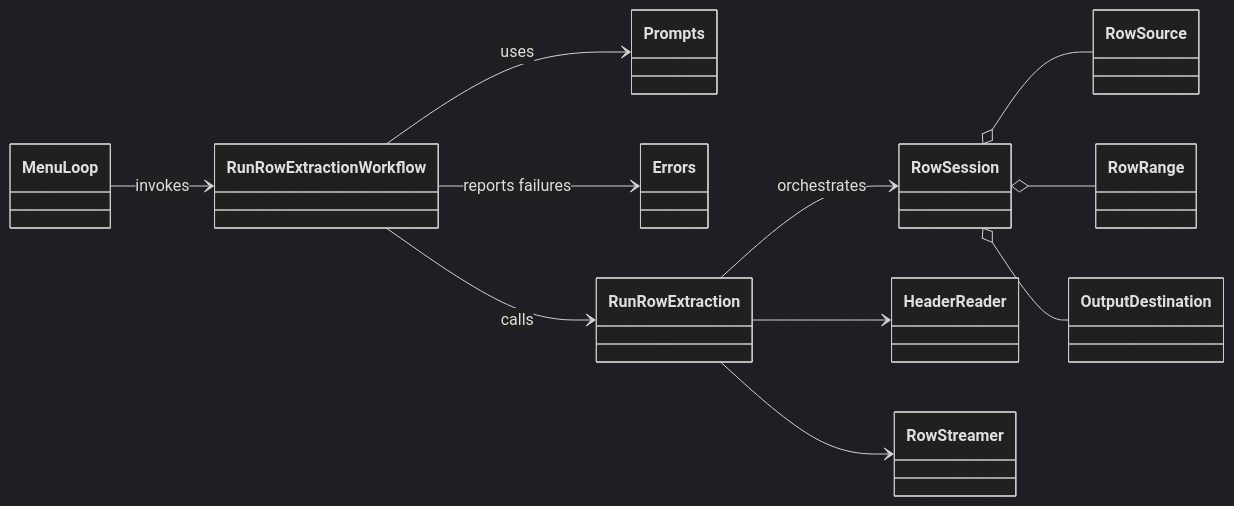
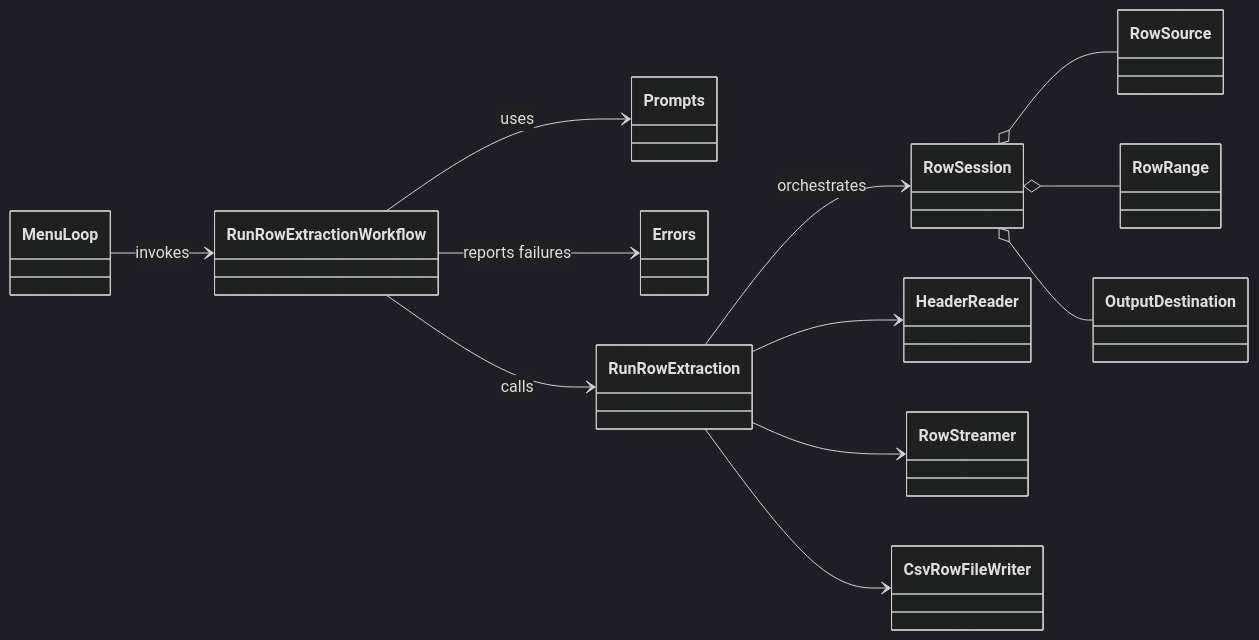
Before and after one commit to RobertAndrewHall/csvops: the second of 4 diagrams in docs/architecture.md, drawn with Mermaid (dark theme). The commit also changed other lines of this file, not shown here.

Commit message:
Align architecture Mermaid diagrams with writer adapter dependencies

````diff
--- a/docs/architecture.md
+++ b/docs/architecture.md
@@ -220,25 +218,27 @@
 ```mermaid
 classDiagram
   direction LR
   class MenuLoop
   class RunRowExtractionWorkflow
   class Prompts
   class Errors
   class RunRowExtraction
   class RowSession
   class RowSource
   class RowRange
   class OutputDestination
   class HeaderReader
   class RowStreamer
+  class CsvRowFileWriter
   MenuLoop --> RunRowExtractionWorkflow : invokes
   RunRowExtractionWorkflow --> Prompts : uses
   RunRowExtractionWorkflow --> Errors : reports failures
   RunRowExtractionWorkflow --> RunRowExtraction : calls
   RunRowExtraction --> RowSession : orchestrates
   RowSession o-- RowSource
   RowSession o-- RowRange
   RowSession o-- OutputDestination
   RunRowExtraction --> HeaderReader
   RunRowExtraction --> RowStreamer
+  RunRowExtraction --> CsvRowFileWriter
 ```
````
